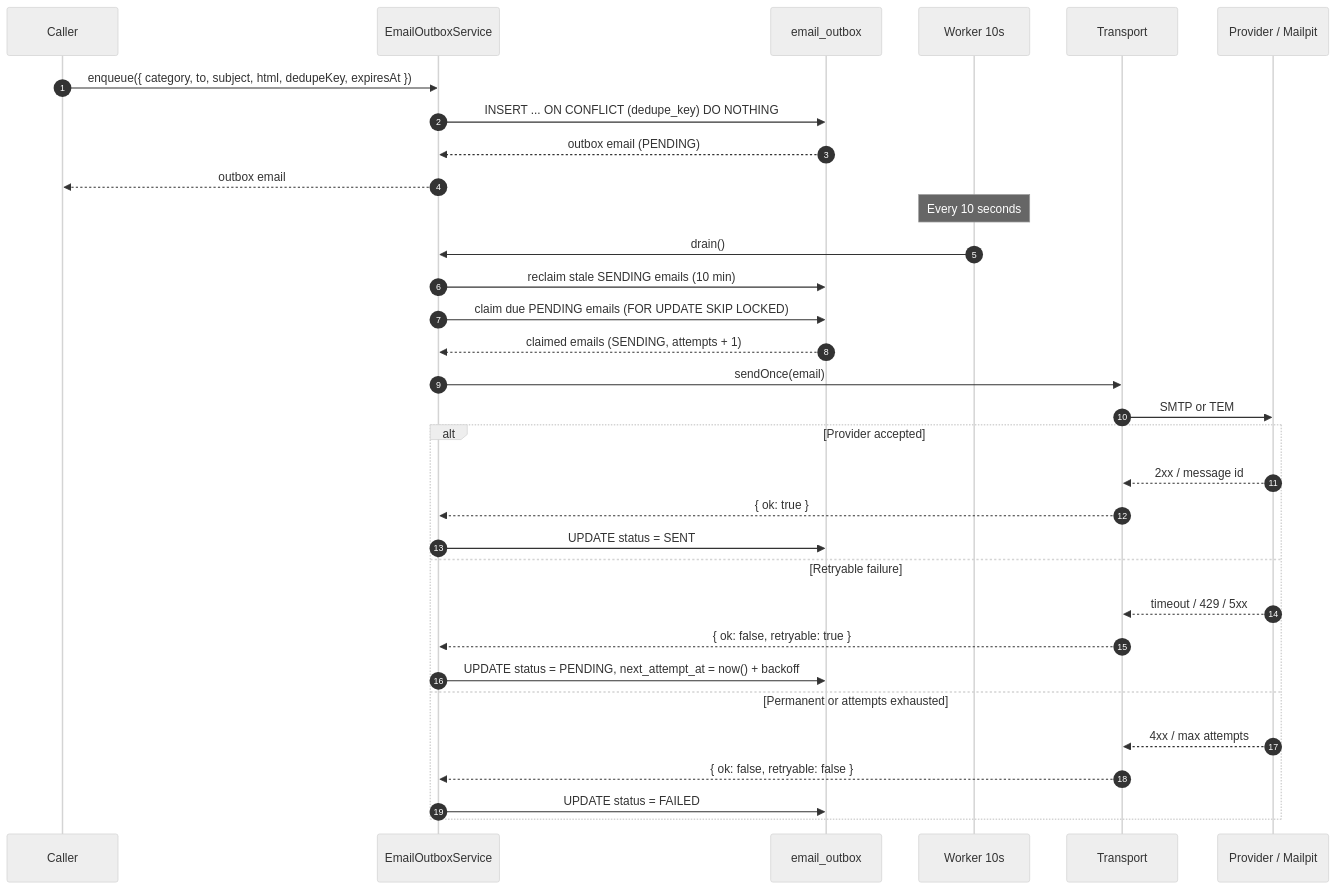
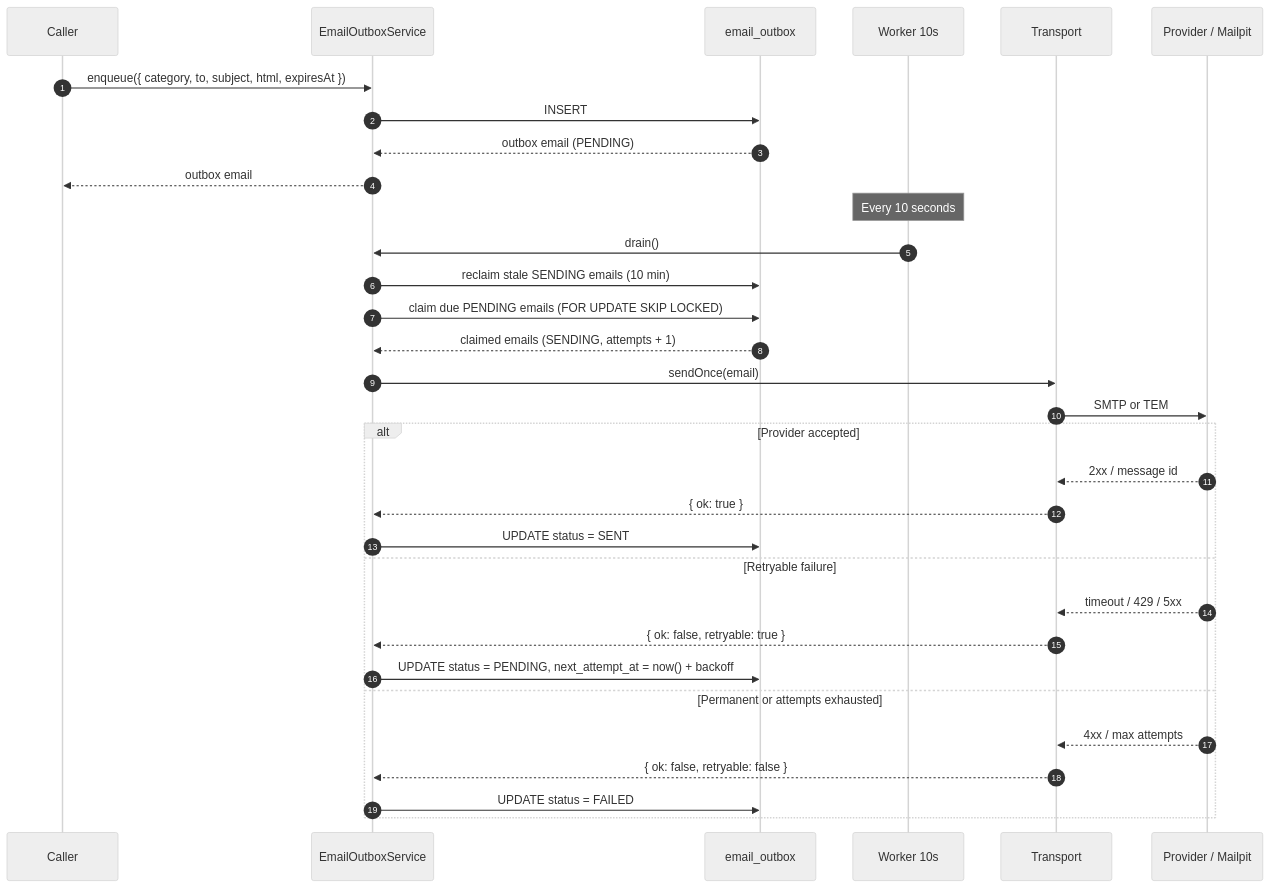
One commit to Caluno-GmbH/caluno changed the second of 5 diagrams in docs/specs/2026-10-21-email-outbox-design.md. Above: the diagram before and after it, drawn with Mermaid (neutral theme). The commit also changed other lines of this file, not shown here.

````diff
--- a/docs/specs/2026-10-21-email-outbox-design.md
+++ b/docs/specs/2026-10-21-email-outbox-design.md
@@ -66,36 +61,36 @@
 ```mermaid
 sequenceDiagram
   autonumber
   participant C as Caller
   participant O as EmailOutboxService
   participant D as email_outbox
   participant W as Worker 10s
   participant T as Transport
   participant P as Provider / Mailpit
 
-  C->>O: enqueue({ category, to, subject, html, dedupeKey, expiresAt })
-  O->>D: INSERT ... ON CONFLICT (dedupe_key) DO NOTHING
+  C->>O: enqueue({ category, to, subject, html, expiresAt })
+  O->>D: INSERT
   D-->>O: outbox email (PENDING)
   O-->>C: outbox email
 
   Note over W: Every 10 seconds
   W->>O: drain()
   O->>D: reclaim stale SENDING emails (10 min)
   O->>D: claim due PENDING emails (FOR UPDATE SKIP LOCKED)
   D-->>O: claimed emails (SENDING, attempts + 1)
   O->>T: sendOnce(email)
   T->>P: SMTP or TEM
   alt Provider accepted
     P-->>T: 2xx / message id
     T-->>O: { ok: true }
     O->>D: UPDATE status = SENT
   else Retryable failure
     P-->>T: timeout / 429 / 5xx
     T-->>O: { ok: false, retryable: true }
     O->>D: UPDATE status = PENDING, next_attempt_at = now() + backoff
   else Permanent or attempts exhausted
     P-->>T: 4xx / max attempts
     T-->>O: { ok: false, retryable: false }
     O->>D: UPDATE status = FAILED
   end
 ```
````
